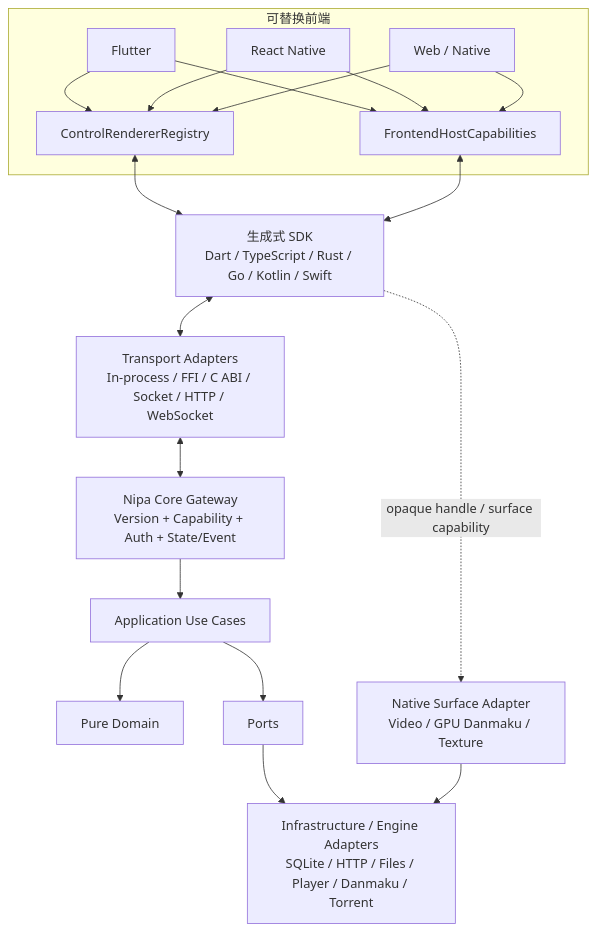
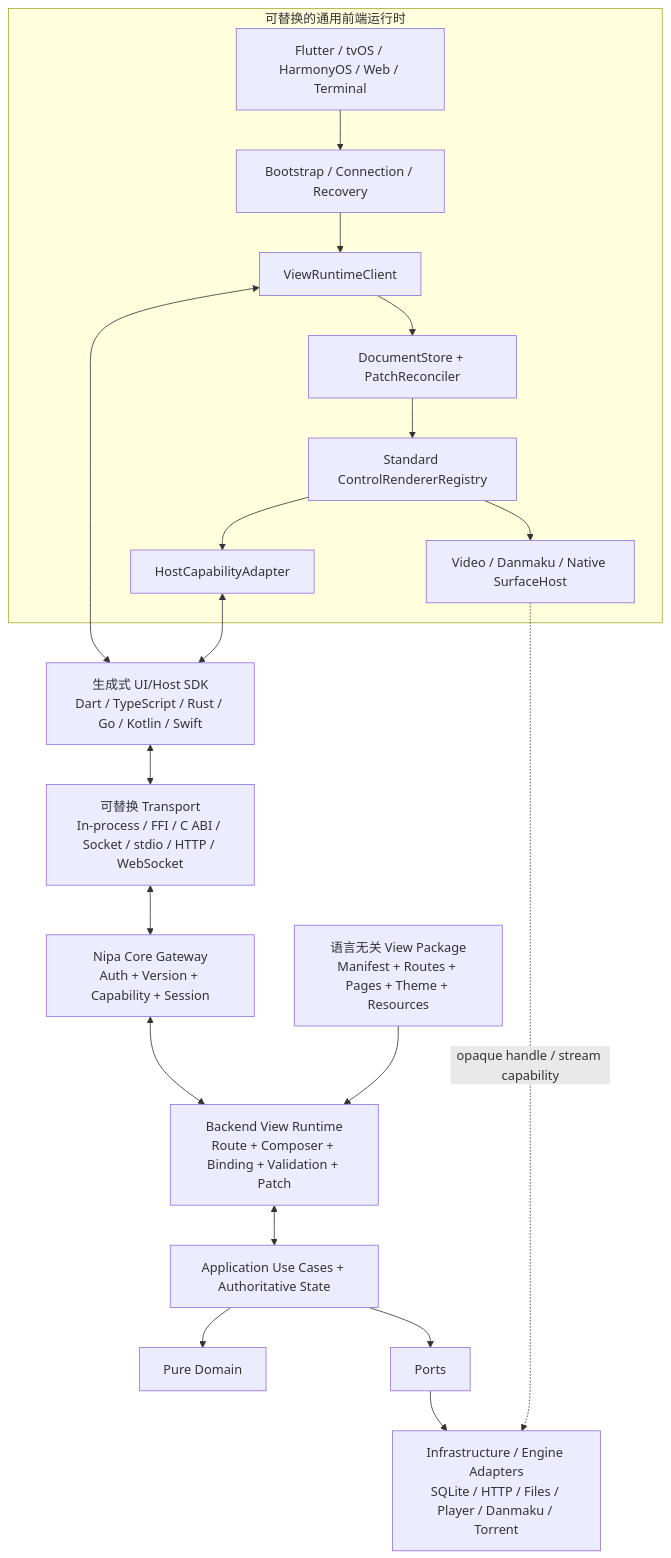
The diagram in docs/ARCHITECTURE_DECOUPLING_TODO.md (AimesSoft/NipaPlay-Reload), drawn with Mermaid before and after one commit. The commit also changed other lines of this file, not shown here.

````diff
--- a/docs/ARCHITECTURE_DECOUPLING_TODO.md
+++ b/docs/ARCHITECTURE_DECOUPLING_TODO.md
@@ -328,36 +481,40 @@
 ```mermaid
 flowchart TB
-  subgraph FE["可替换前端"]
-    FL["Flutter"]
-    RN["React Native"]
-    WEB["Web / Native"]
-    REG["ControlRendererRegistry"]
-    HOST["FrontendHostCapabilities"]
-    FL --> REG
-    RN --> REG
-    WEB --> REG
-    FL --> HOST
-    RN --> HOST
-    WEB --> HOST
+  subgraph FE["可替换的通用前端运行时"]
+    HOSTS["Flutter / tvOS / HarmonyOS / Web / Terminal"]
+    BOOT["Bootstrap / Connection / Recovery"]
+    CLIENT["ViewRuntimeClient"]
+    STORE["DocumentStore + PatchReconciler"]
+    REG["Standard ControlRendererRegistry"]
+    HOST["HostCapabilityAdapter"]
+    SURFACE["Video / Danmaku / Native SurfaceHost"]
+    HOSTS --> BOOT
+    BOOT --> CLIENT
+    CLIENT --> STORE
+    STORE --> REG
+    REG --> HOST
+    REG --> SURFACE
   end
 
-  SDK["生成式 SDK\nDart / TypeScript / Rust / Go / Kotlin / Swift"]
-  TRANS["Transport Adapters\nIn-process / FFI / C ABI / Socket / HTTP / WebSocket"]
-  GATE["Nipa Core Gateway\nVersion + Capability + Auth + State/Event"]
-  APP["Application Use Cases"]
+  SDK["生成式 UI/Host SDK\nDart / TypeScript / Rust / Go / Kotlin / Swift"]
+  TRANS["可替换 Transport\nIn-process / FFI / C ABI / Socket / stdio / HTTP / WebSocket"]
+  GATE["Nipa Core Gateway\nAuth + Version + Capability + Session"]
+  VIEW["Backend View Runtime\nRoute + Composer + Binding + Validation + Patch"]
+  PACKAGE["语言无关 View Package\nManifest + Routes + Pages + Theme + Resources"]
+  APP["Application Use Cases + Authoritative State"]
   DOMAIN["Pure Domain"]
   PORTS["Ports"]
   ADAPTERS["Infrastructure / Engine Adapters\nSQLite / HTTP / Files / Player / Danmaku / Torrent"]
-  SURFACE["Native Surface Adapter\nVideo / GPU Danmaku / Texture"]
 
-  REG <--> SDK
+  CLIENT <--> SDK
   HOST <--> SDK
   SDK <--> TRANS
   TRANS <--> GATE
-  GATE --> APP
+  GATE <--> VIEW
+  PACKAGE --> VIEW
+  VIEW <--> APP
   APP --> DOMAIN
   APP --> PORTS
   PORTS --> ADAPTERS
-  SDK -. "opaque handle / surface capability" .-> SURFACE
-  SURFACE --> ADAPTERS
+  SURFACE -. "opaque handle / stream capability" .-> ADAPTERS
 ```
````
